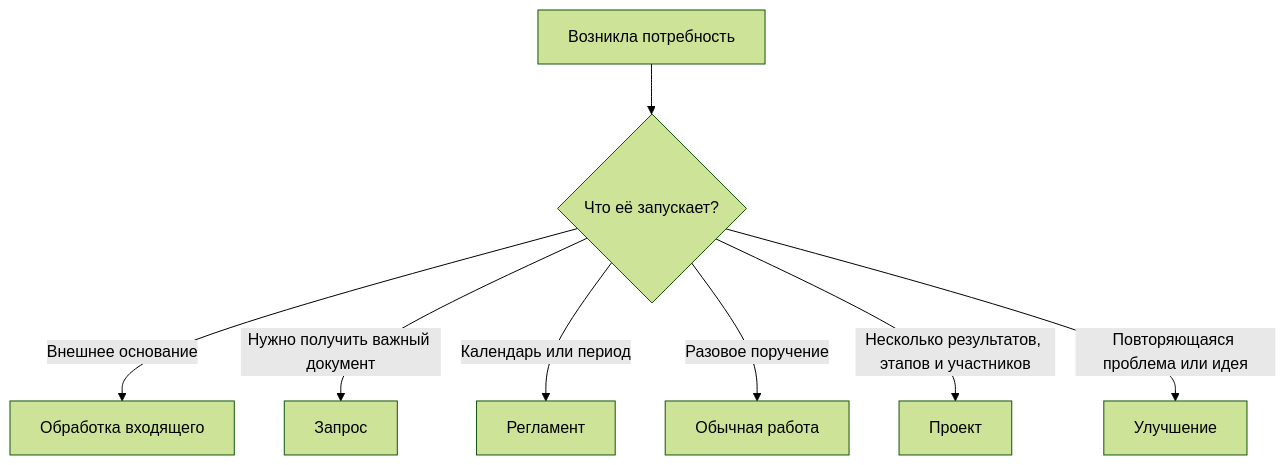
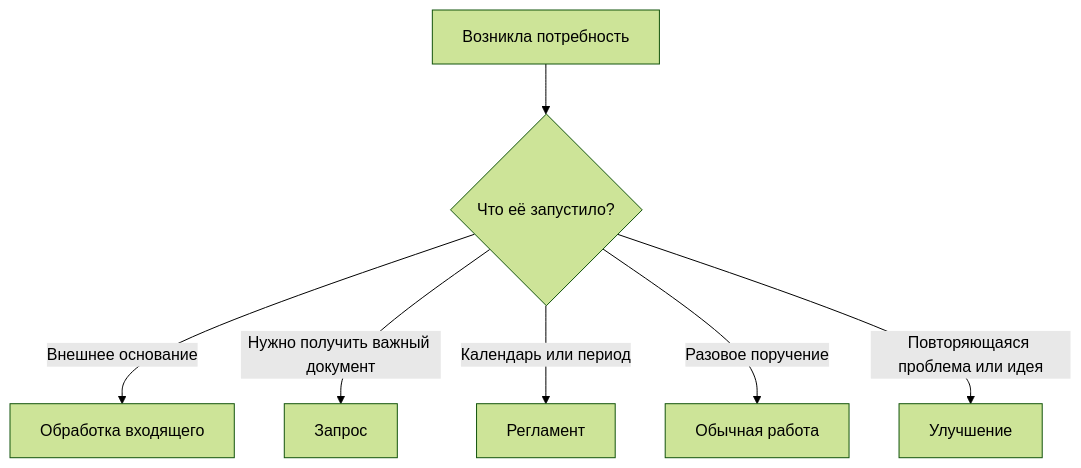
Before and after one commit to lazuale/department: the diagram in docs/06-processes.md, drawn with Mermaid (forest theme). The commit also changed other lines of this file, not shown here.

````diff
--- a/docs/06-processes.md
+++ b/docs/06-processes.md
@@ -43,10 +48,9 @@
 ```mermaid
 flowchart TD
-    A[Возникла потребность] --> B{Что её запускает?}
+    A[Возникла потребность] --> B{Что её запустило?}
     B -- Внешнее основание --> C[Обработка входящего]
     B -- Нужно получить важный документ --> D[Запрос]
     B -- Календарь или период --> E[Регламент]
     B -- Разовое поручение --> F[Обычная работа]
-    B -- Несколько результатов, этапов и участников --> G[Проект]
     B -- Повторяющаяся проблема или идея --> H[Улучшение]
 ```
````
